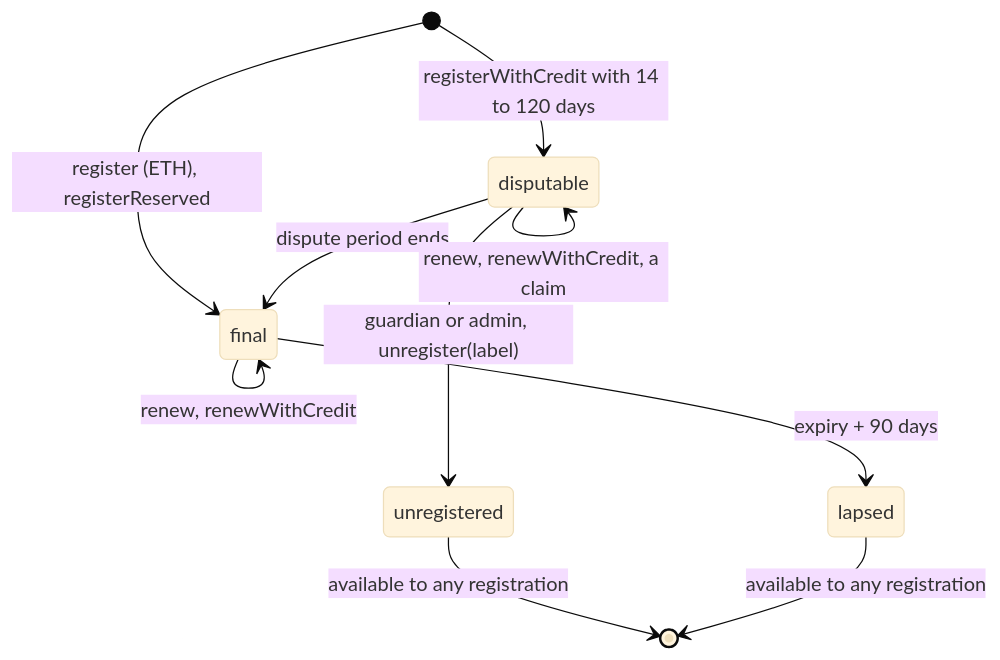
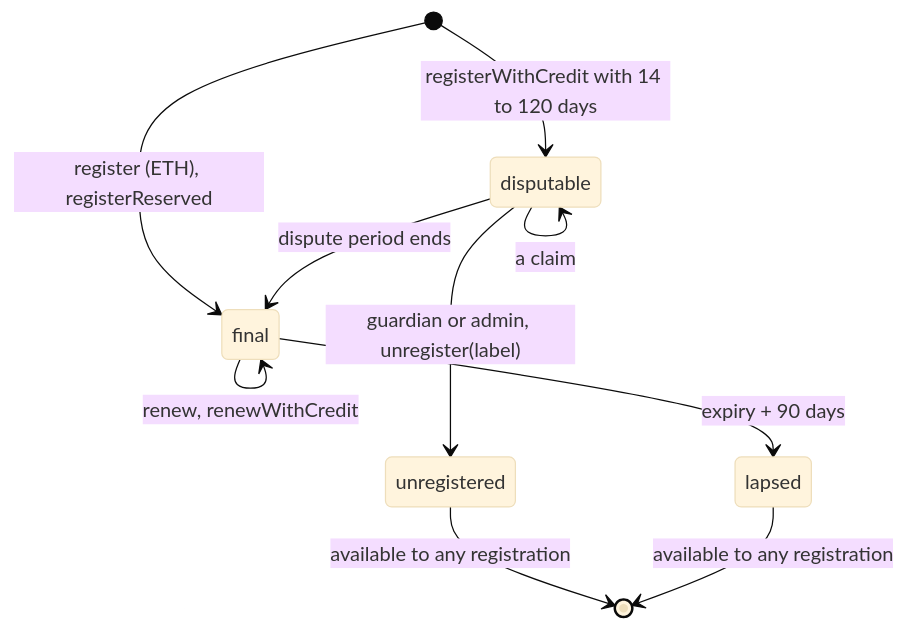
Before and after one commit to brenzi/simplex-namespace-contract: the first of 3 diagrams in docs/plans/dispute-period.md, drawn with Mermaid (base theme). The commit also changed other lines of this file and 2 other files, not shown here.

````diff
--- a/docs/plans/dispute-period.md
+++ b/docs/plans/dispute-period.md
@@ -29,12 +32,12 @@
 ```mermaid
 stateDiagram-v2
   [*] --> disputable: registerWithCredit with 14 to 120 days
   [*] --> final: register (ETH), registerReserved
   disputable --> final: dispute period ends
   disputable --> unregistered: guardian or admin, unregister(label)
   final --> final: renew, renewWithCredit
-  disputable --> disputable: renew, renewWithCredit, a claim
+  disputable --> disputable: a claim
   unregistered --> [*]: available to any registration
   final --> lapsed: expiry + 90 days
   lapsed --> [*]: available to any registration
 ```
````
